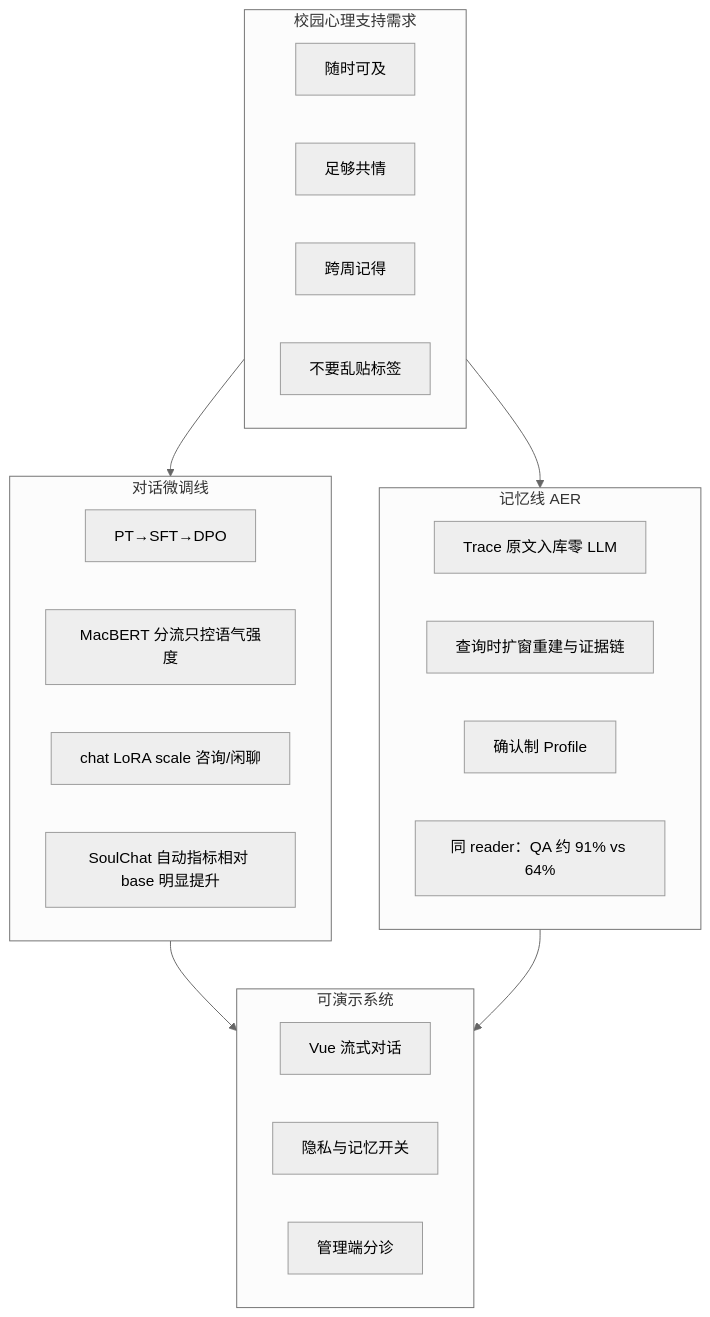
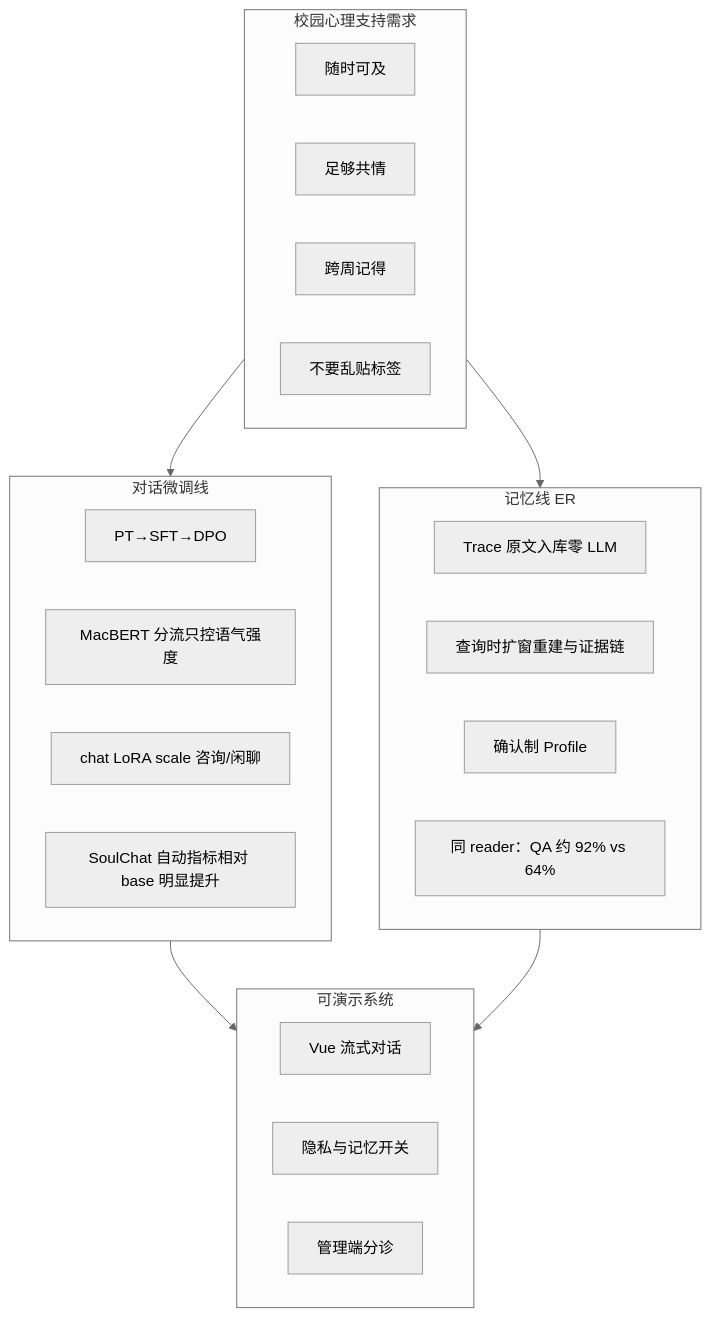
Before and after one commit to Hi-Zachary/Soulharbor: the diagram in 项目文档/00_SoulHarbor故事与终稿叙事.md, drawn with Mermaid (neutral theme). The commit also changed other lines of this file and 51 other files, not shown here.

First line of the commit message:
Finalize ER memory rename and simplify retrieval selection.

````diff
--- a/项目文档/00_SoulHarbor故事与终稿叙事.md
+++ b/项目文档/00_SoulHarbor故事与终稿叙事.md
@@ -114,32 +114,32 @@
 ```mermaid
 flowchart TB
  subgraph Need["校园心理支持需求"]
  N1[随时可及]
  N2[足够共情]
  N3[跨周记得]
  N4[不要乱贴标签]
  end
 
  subgraph Tune["对话微调线"]
  T1[PT→SFT→DPO]
  T2[MacBERT 分流只控语气强度]
  T3[chat LoRA scale 咨询/闲聊]
  T4[SoulChat 自动指标相对 base 明显提升]
  end
 
- subgraph Mem["记忆线 AER"]
+ subgraph Mem["记忆线 ER"]
  M1[Trace 原文入库零 LLM]
  M2[查询时扩窗重建与证据链]
  M3[确认制 Profile]
- M4[同 reader：QA 约 91% vs 64%]
+ M4[同 reader：QA 约 92% vs 64%]
  end
 
  subgraph Out["可演示系统"]
  P1[Vue 流式对话]
  P2[隐私与记忆开关]
  P3[管理端分诊]
  end
 
  Need --> Tune --> Out
  Need --> Mem --> Out
 ```
````
